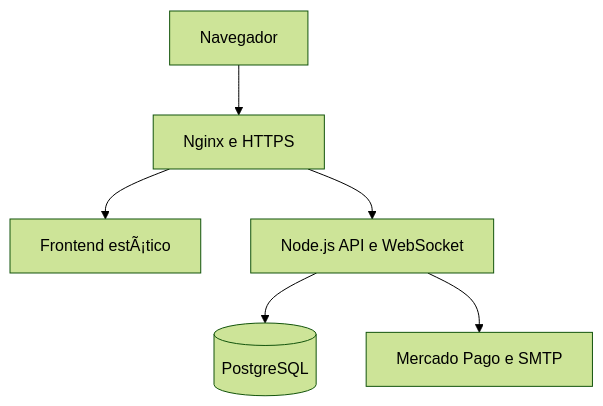
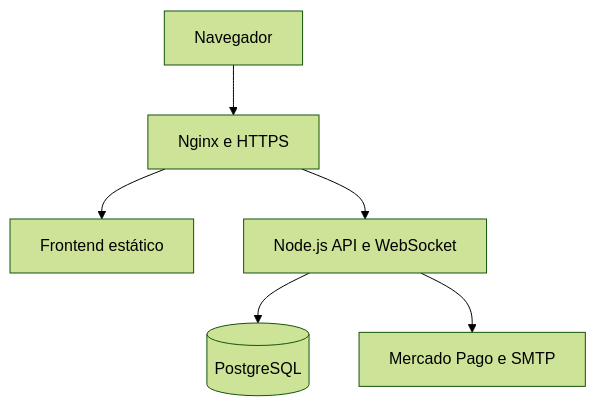
Before and after one commit to AlanFMF/dbo-idle-showcase: the diagram in README.md, drawn with Mermaid (forest theme). The commit also changed other lines of this file, not shown here.

````diff
--- a/README.md
+++ b/README.md
@@ -48,8 +48,8 @@
 ```mermaid
 flowchart TB
     Browser["Navegador"] --> Edge["Nginx e HTTPS"]
-    Edge --> Frontend["Frontend estÃ¡tico"]
+    Edge --> Frontend["Frontend estático"]
     Edge --> Backend["Node.js API e WebSocket"]
     Backend --> Database[("PostgreSQL")]
     Backend --> Integrations["Mercado Pago e SMTP"]
 ```
````
